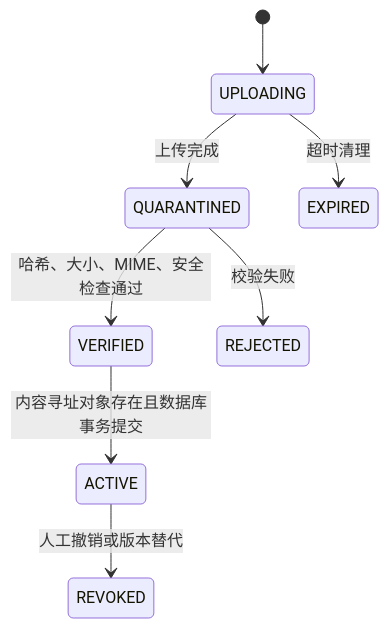
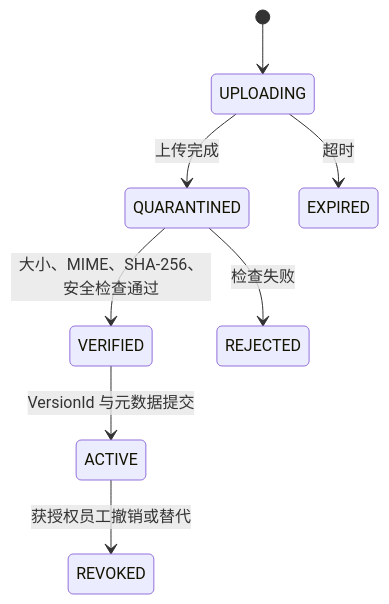
One commit to xingranya/fox changed the diagram in docs/plan/data-consistency-and-reliability.md. Above: the diagram before and after it, drawn with Mermaid. The commit also changed other lines of this file and 43 other files, not shown here.

````diff
--- a/docs/plan/data-consistency-and-reliability.md
+++ b/docs/plan/data-consistency-and-reliability.md
@@ -179,10 +66,10 @@
-~~~mermaid
+```mermaid
 stateDiagram-v2
     [*] --> UPLOADING
     UPLOADING --> QUARANTINED: 上传完成
-    QUARANTINED --> VERIFIED: 哈希、大小、MIME、安全检查通过
-    QUARANTINED --> REJECTED: 校验失败
-    VERIFIED --> ACTIVE: 内容寻址对象存在且数据库事务提交
-    ACTIVE --> REVOKED: 人工撤销或版本替代
-    UPLOADING --> EXPIRED: 超时清理
-~~~
+    UPLOADING --> EXPIRED: 超时
+    QUARANTINED --> VERIFIED: 大小、MIME、SHA-256、安全检查通过
+    QUARANTINED --> REJECTED: 检查失败
+    VERIFIED --> ACTIVE: VersionId 与元数据提交
+    ACTIVE --> REVOKED: 获授权员工撤销或替代
+```
````
